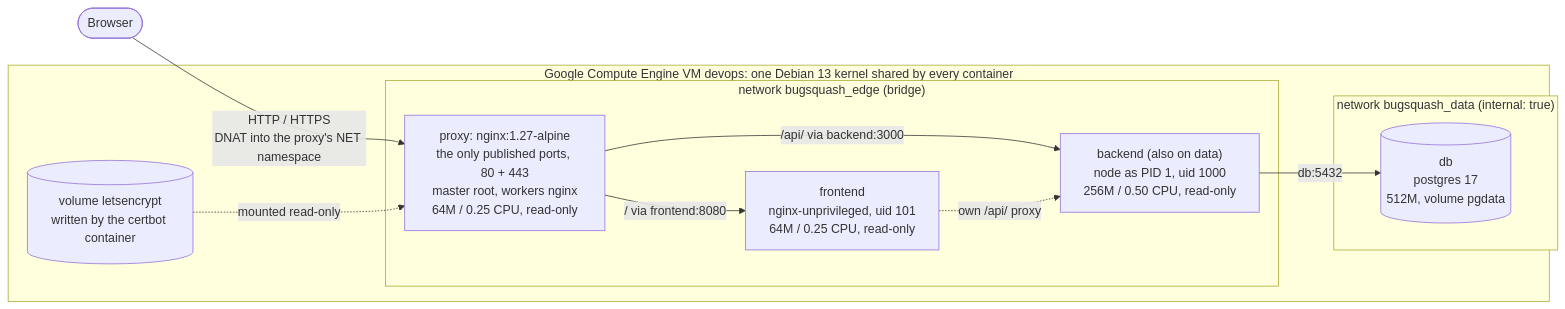
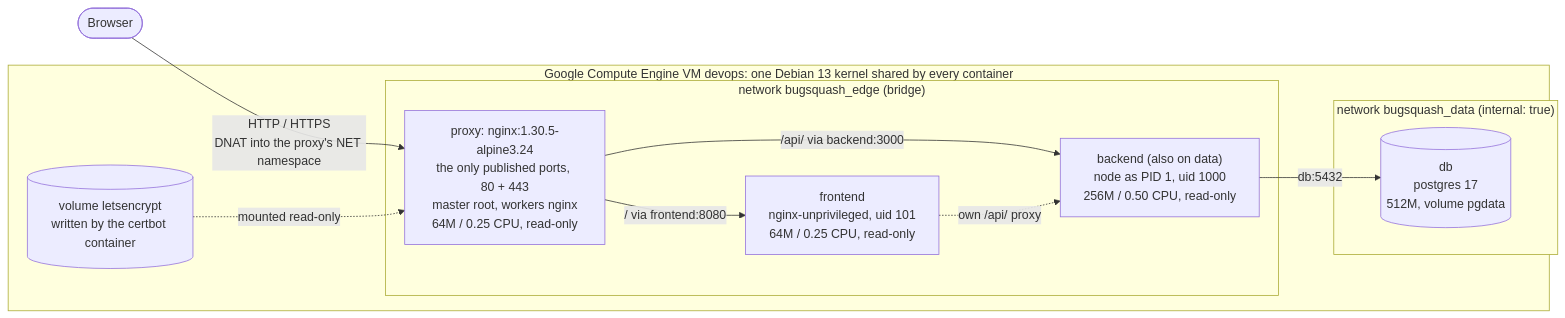
Before and after one commit to Ahmet-Kaplan/DevOps_course: the fifth of 5 diagrams in docs/containers-deep-dive.md, drawn with Mermaid. The commit also changed other lines of this file and 8 other files, not shown here.

````diff
--- a/docs/containers-deep-dive.md
+++ b/docs/containers-deep-dive.md
@@ -1254,21 +1254,21 @@
 ```mermaid
 flowchart LR
     Browser(["Browser"])
     subgraph HOST["Google Compute Engine VM devops: one Debian 13 kernel shared by every container"]
         subgraph EDGE["network bugsquash_edge (bridge)"]
-            PX["proxy: nginx:1.27-alpine<br/>the only published ports, 80 + 443<br/>master root, workers nginx<br/>64M / 0.25 CPU, read-only"]
+            PX["proxy: nginx:1.30.5-alpine3.24<br/>the only published ports, 80 + 443<br/>master root, workers nginx<br/>64M / 0.25 CPU, read-only"]
             FE["frontend<br/>nginx-unprivileged, uid 101<br/>64M / 0.25 CPU, read-only"]
             BE["backend (also on data)<br/>node as PID 1, uid 1000<br/>256M / 0.50 CPU, read-only"]
         end
         subgraph DATA["network bugsquash_data (internal: true)"]
             DB[("db<br/>postgres 17<br/>512M, volume pgdata")]
         end
         LE[("volume letsencrypt<br/>written by the certbot container")]
     end
     Browser -->|"HTTP / HTTPS<br/>DNAT into the proxy's NET namespace"| PX
     PX -->|"/api/ via backend:3000"| BE
     PX -->|"/ via frontend:8080"| FE
     FE -.->|"own /api/ proxy"| BE
     BE -->|"db:5432"| DB
     LE -.->|"mounted read-only"| PX
 ```
````
